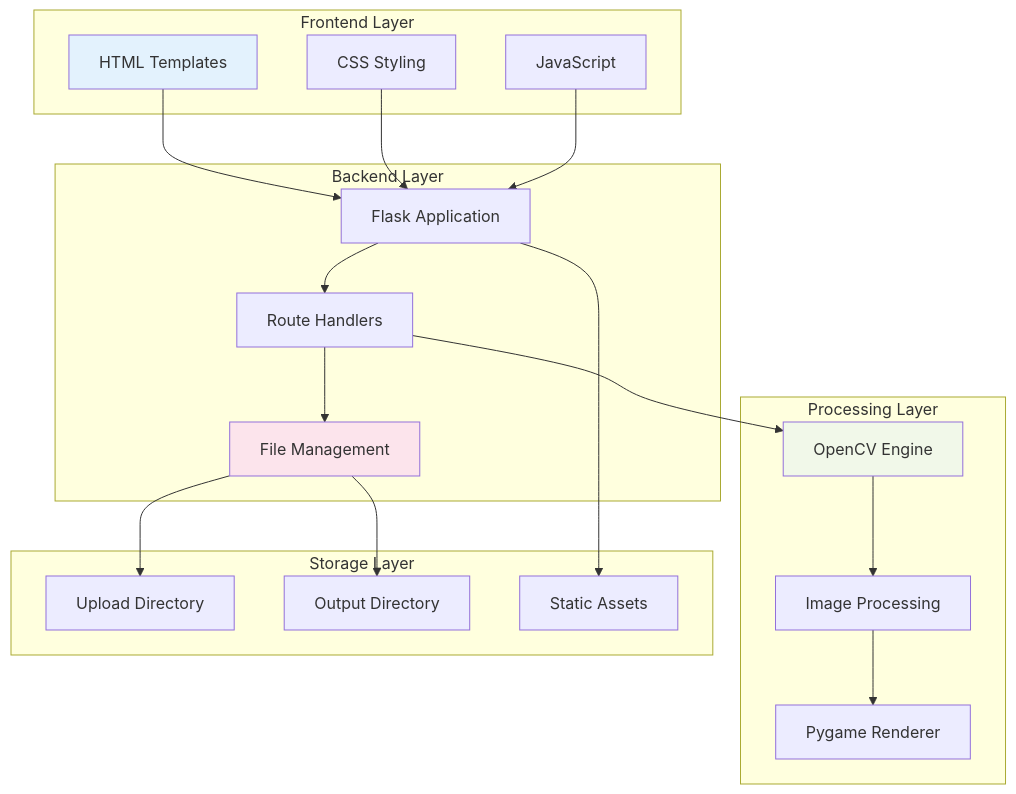
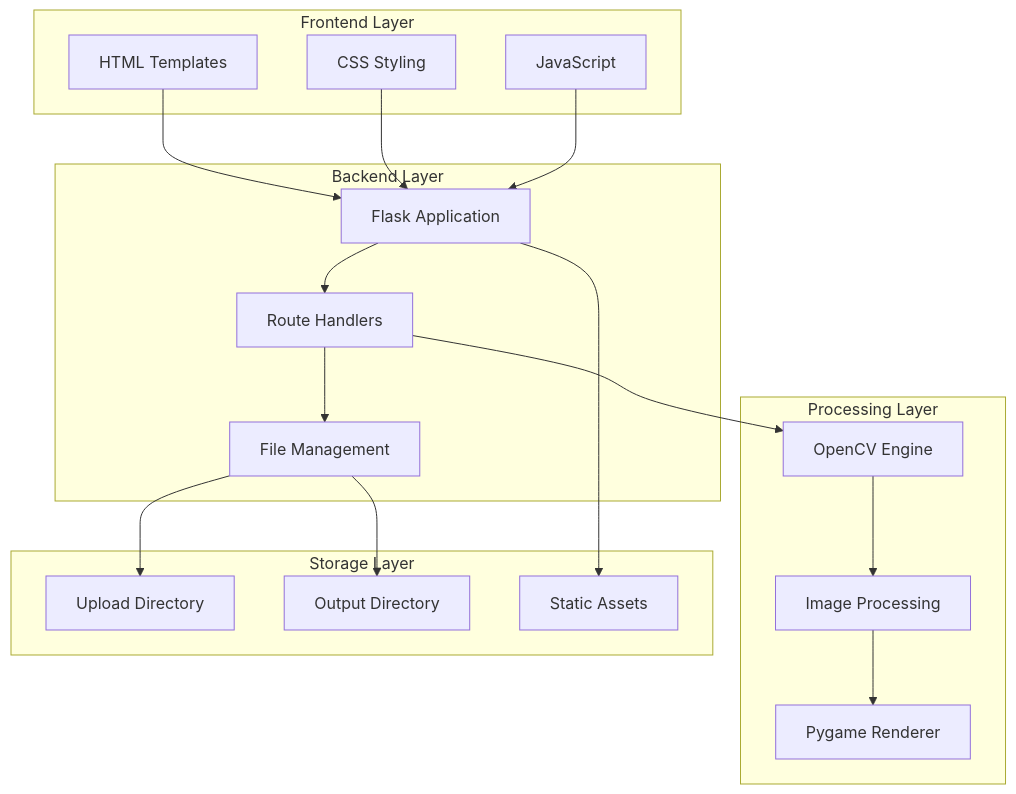
The second of 4 diagrams in README.md (devtitus/DoodlePic-Project), drawn with Mermaid before and after one commit. The commit also changed other lines of this file, not shown here.

Commit message:
Remove unnecessary style definitions from flowcharts in README.md

````diff
--- a/README.md
+++ b/README.md
@@ -71,42 +67,39 @@
 ```mermaid
 graph TB
     subgraph "Frontend Layer"
         A[HTML Templates]
         B[CSS Styling]
         C[JavaScript]
     end
 
     subgraph "Backend Layer"
         D[Flask Application]
         E[Route Handlers]
         F[File Management]
     end
 
     subgraph "Processing Layer"
         G[OpenCV Engine]
         H[Image Processing]
         I[Pygame Renderer]
     end
 
     subgraph "Storage Layer"
         J[Upload Directory]
         K[Output Directory]
         L[Static Assets]
     end
 
     A --> D
     B --> D
     C --> D
     D --> E
     E --> F
     E --> G
     G --> H
     H --> I
     F --> J
     F --> K
     D --> L
 
-    style A fill:#e3f2fd
-    style G fill:#f1f8e9
-    style F fill:#fce4ec
 ```
````
